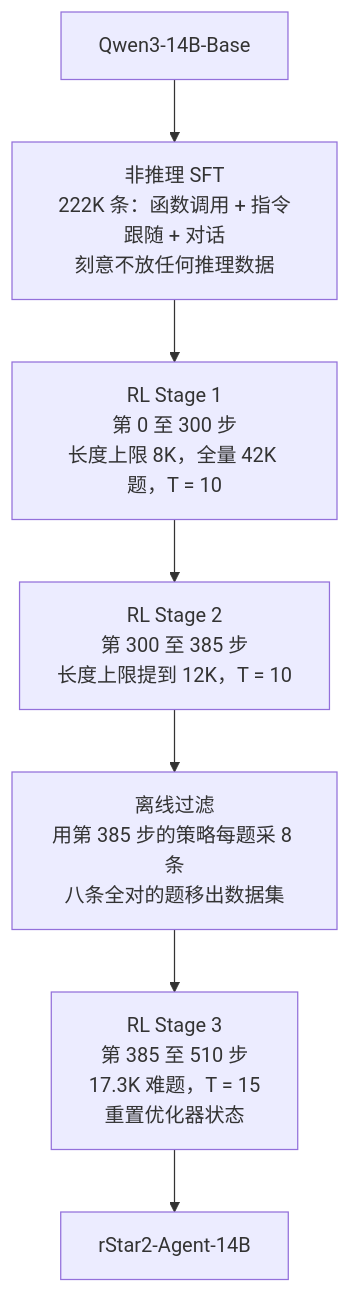
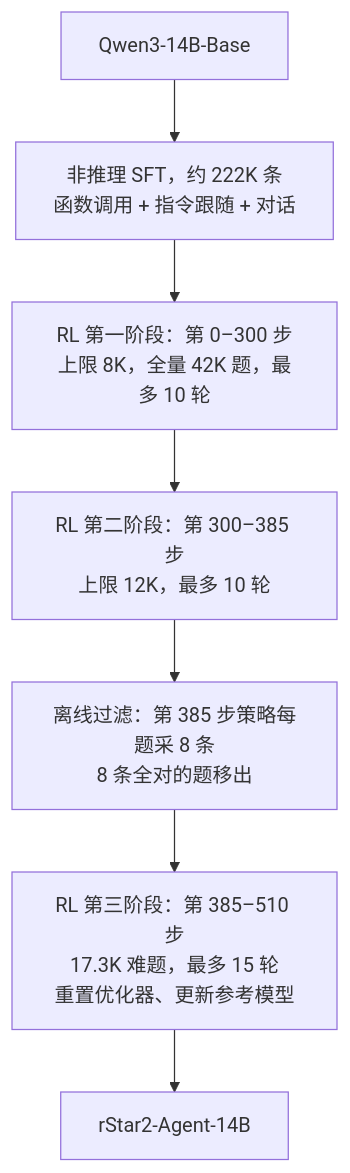
The third of 3 diagrams in reports/Microsoft/rStar2-Agent.md (ChaoyuWang04/Orrery), drawn with Mermaid before and after one commit. The commit also changed other lines of this file and 41 other files, not shown here.

First line of the commit message:
content(reports): 训练方法与强化学习翻新第五批六篇，补关键 figure 与讲解图

````diff
--- a/reports/Microsoft/rStar2-Agent.md
+++ b/reports/Microsoft/rStar2-Agent.md
@@ -444,9 +310,9 @@
 ```mermaid
 flowchart TB
-    A["Qwen3-14B-Base"] --> B["非推理 SFT<br/>222K 条：函数调用 + 指令跟随 + 对话<br/>刻意不放任何推理数据"]
-    B --> C["RL Stage 1<br/>第 0 至 300 步<br/>长度上限 8K，全量 42K 题，T = 10"]
-    C --> D["RL Stage 2<br/>第 300 至 385 步<br/>长度上限提到 12K，T = 10"]
-    D --> E["离线过滤<br/>用第 385 步的策略每题采 8 条<br/>八条全对的题移出数据集"]
-    E --> F["RL Stage 3<br/>第 385 至 510 步<br/>17.3K 难题，T = 15<br/>重置优化器状态"]
+    A["Qwen3-14B-Base"] --> B["非推理 SFT，约 222K 条<br/>函数调用 + 指令跟随 + 对话"]
+    B --> C["RL 第一阶段：第 0–300 步<br/>上限 8K，全量 42K 题，最多 10 轮"]
+    C --> D["RL 第二阶段：第 300–385 步<br/>上限 12K，最多 10 轮"]
+    D --> E["离线过滤：第 385 步策略每题采 8 条<br/>8 条全对的题移出"]
+    E --> F["RL 第三阶段：第 385–510 步<br/>17.3K 难题，最多 15 轮<br/>重置优化器、更新参考模型"]
     F --> G["rStar2-Agent-14B"]
 ```
````
